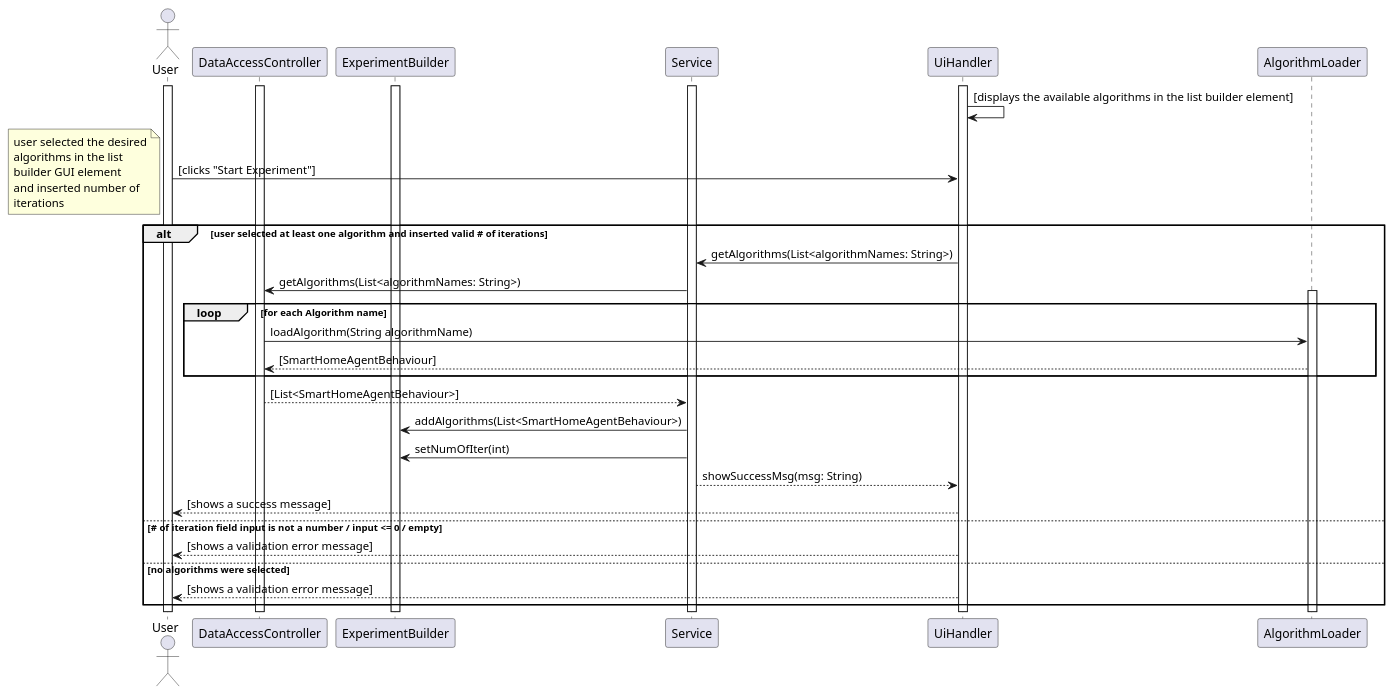
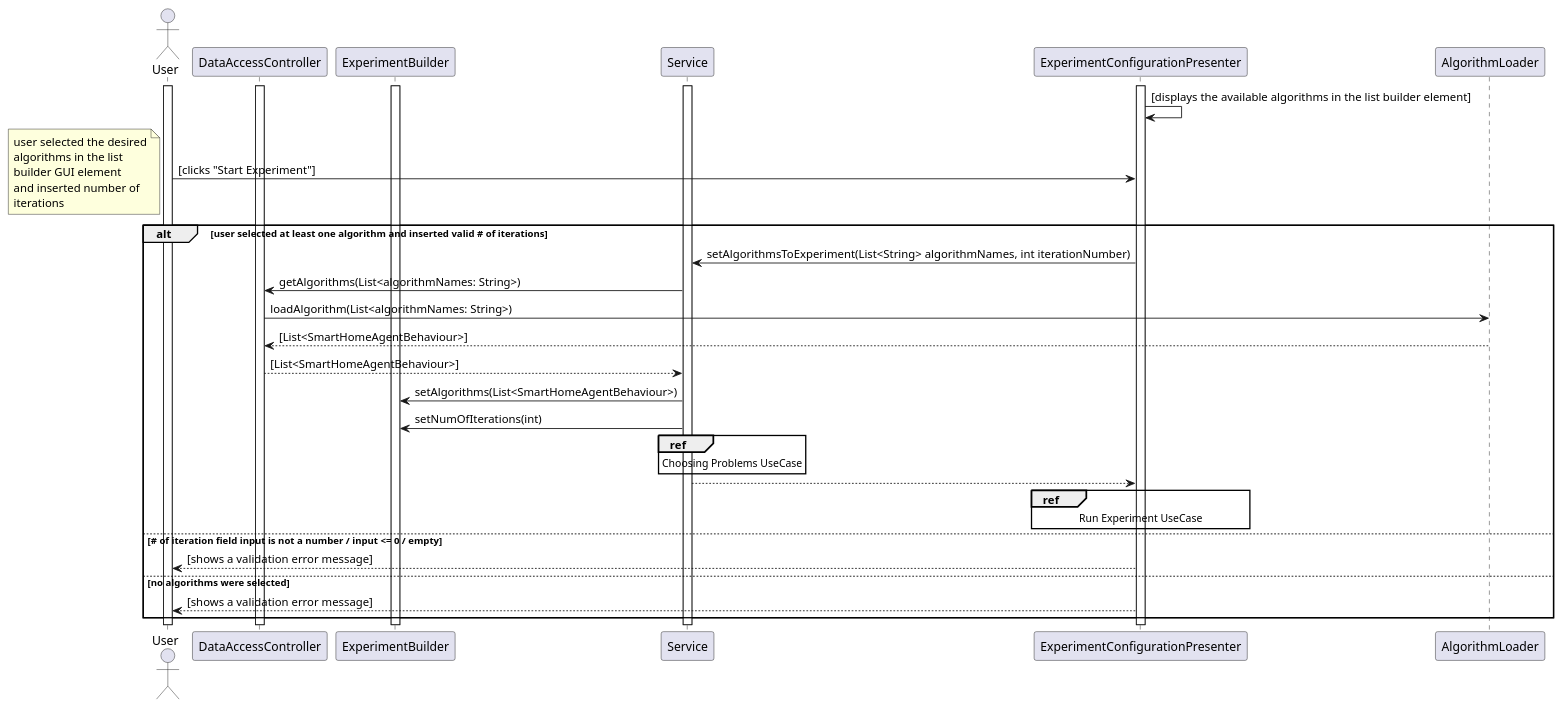
The diagram in Docs/Diagrams/behaviour diagrams/scripts/algoChooseSeq.puml (miamiHits/FinalProject), drawn with PlantUML before and after one commit. The commit also changed 9 other files, not shown here.

Commit message:
updating the sequence diagram accorsing to the current implementation

```diff
--- a/Docs/Diagrams/behaviour diagrams/scripts/algoChooseSeq.puml
+++ b/Docs/Diagrams/behaviour diagrams/scripts/algoChooseSeq.puml
@@ -1,46 +1,47 @@
 @startuml
 actor User as u
 participant DataAccessController as DAC
 participant ExperimentBuilder as EB
 
 activate u
 activate Service
-activate UiHandler
+activate ExperimentConfigurationPresenter
 activate DAC
 activate EB
 
 
-UiHandler -> UiHandler : [displays the available algorithms in the list builder element]
-u -> UiHandler : [clicks "Start Experiment"]
+ExperimentConfigurationPresenter -> ExperimentConfigurationPresenter : [displays the available algorithms in the list builder element]
+u -> ExperimentConfigurationPresenter : [clicks "Start Experiment"]
 note left
     user selected the desired
     algorithms in the list
     builder GUI element
     and inserted number of
     iterations
 end note
 
 alt user selected at least one algorithm and inserted valid # of iterations
-    UiHandler -> Service : getAlgorithms(List<algorithmNames: String>)
+    ExperimentConfigurationPresenter -> Service : setAlgorithmsToExperiment(List<String> algorithmNames, int iterationNumber)
 
     Service -> DAC : getAlgorithms(List<algorithmNames: String>)
 
-    loop for each Algorithm name
-        activate AlgorithmLoader
-        DAC -> AlgorithmLoader : loadAlgorithm(String algorithmName)
-        AlgorithmLoader --> DAC : [SmartHomeAgentBehaviour]
-    end
+    DAC -> AlgorithmLoader : loadAlgorithm(List<algorithmNames: String>)
+
+    AlgorithmLoader --> DAC : [List<SmartHomeAgentBehaviour>]
 
     DAC --> Service : [List<SmartHomeAgentBehaviour>]
-    Service -> EB : addAlgorithms(List<SmartHomeAgentBehaviour>)
-    Service -> EB : setNumOfIter(int)
-    Service --> UiHandler : showSuccessMsg(msg: String)
-    UiHandler --> u : [shows a success message]
+    Service -> EB : setAlgorithms(List<SmartHomeAgentBehaviour>)
+    Service -> EB : setNumOfIterations(int)
+    ref over Service : Choosing Problems UseCase
+
+    Service --> ExperimentConfigurationPresenter
+
+    ref over ExperimentConfigurationPresenter : Run Experiment UseCase
 else # of iteration field input is not a number / input <= 0 / empty
-    UiHandler --> u : [shows a validation error message]
+    ExperimentConfigurationPresenter --> u : [shows a validation error message]
 
 else no algorithms were selected
-    UiHandler --> u : [shows a validation error message]
+    ExperimentConfigurationPresenter --> u : [shows a validation error message]
 
 end
 @enduml
```
